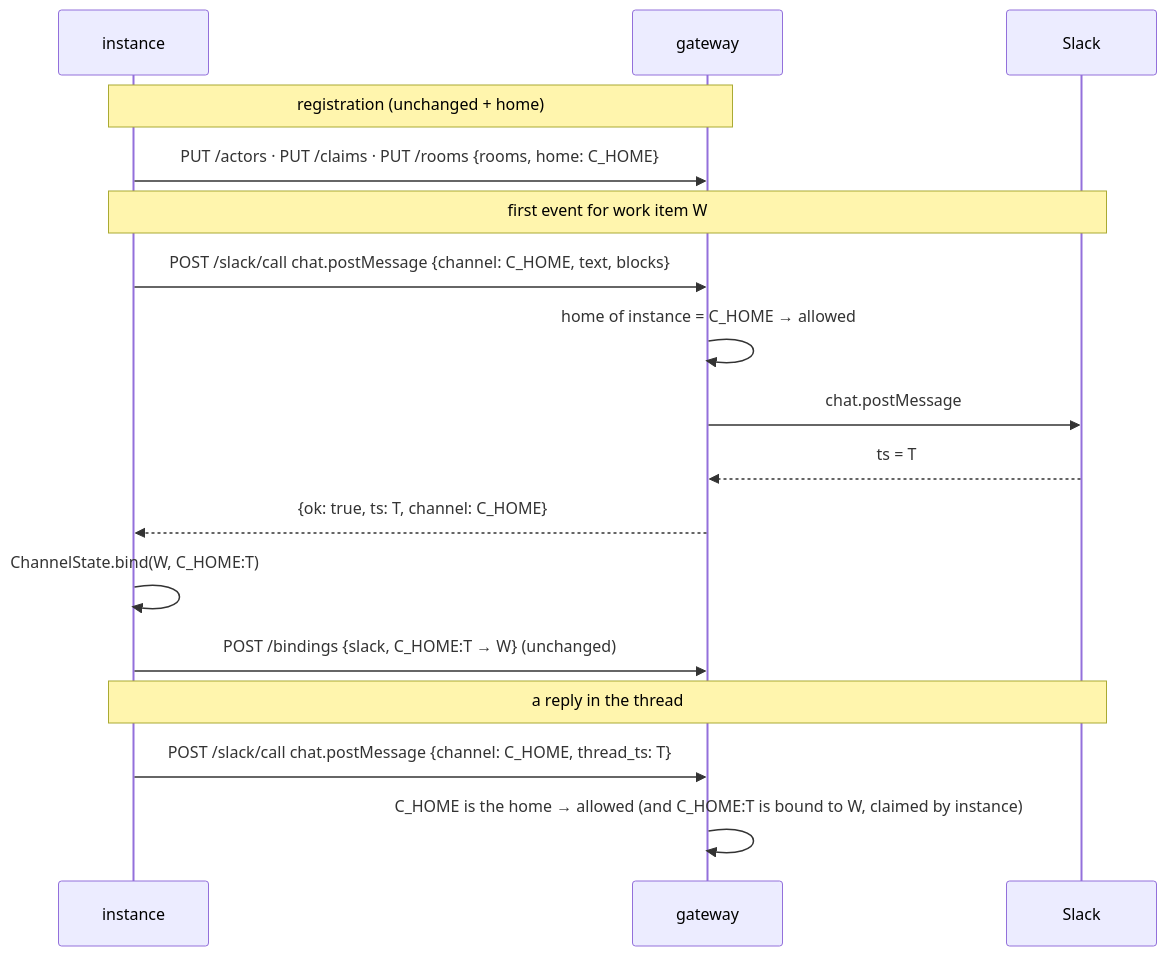
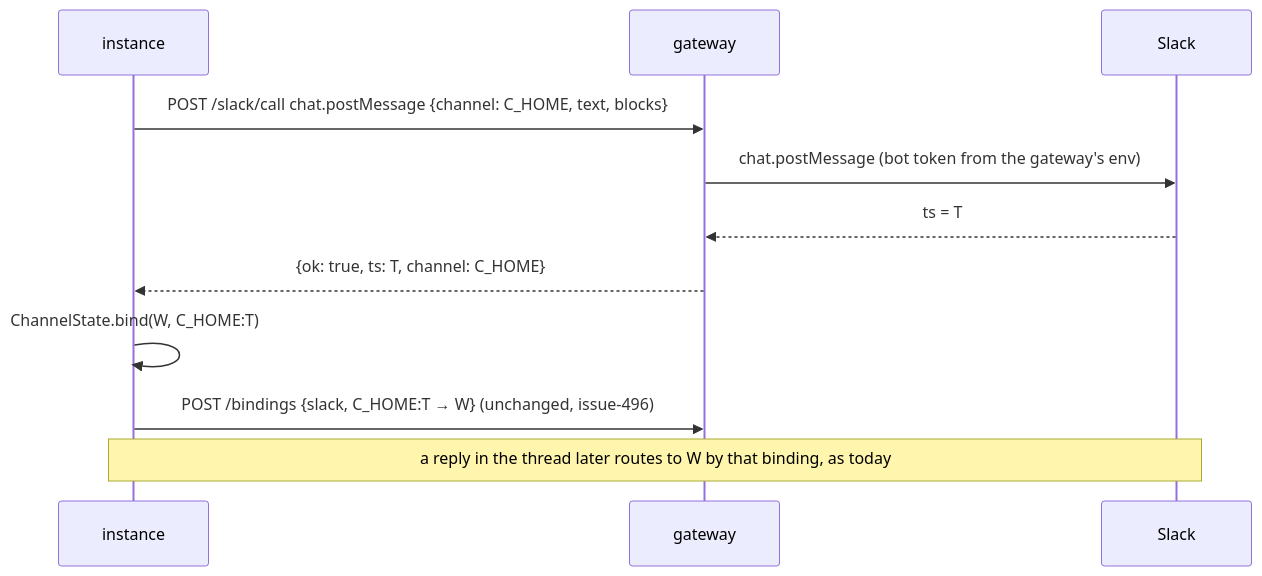
One commit to MadaraUchiha-314/the-loop changed the fourth of 4 diagrams in docs/specs/issue-519/design.md. Above: the diagram before and after it, drawn with Mermaid. The commit also changed other lines of this file and 3 other files, not shown here.

````diff
--- a/docs/specs/issue-519/design.md
+++ b/docs/specs/issue-519/design.md
@@ -379,19 +336,13 @@
 ```mermaid
 sequenceDiagram
   participant I as instance
   participant G as gateway
   participant S as Slack
-  Note over I,G: registration (unchanged + home)
-  I->>G: PUT /actors · PUT /claims · PUT /rooms {rooms, home: C_HOME}
-  Note over I,S: first event for work item W
   I->>G: POST /slack/call chat.postMessage {channel: C_HOME, text, blocks}
-  G->>G: home of instance = C_HOME → allowed
-  G->>S: chat.postMessage
+  G->>S: chat.postMessage (bot token from the gateway's env)
   S-->>G: ts = T
   G-->>I: {ok: true, ts: T, channel: C_HOME}
   I->>I: ChannelState.bind(W, C_HOME:T)
-  I->>G: POST /bindings {slack, C_HOME:T → W}  (unchanged)
-  Note over I,S: a reply in the thread
-  I->>G: POST /slack/call chat.postMessage {channel: C_HOME, thread_ts: T}
-  G->>G: C_HOME is the home → allowed (and C_HOME:T is bound to W, claimed by instance)
+  I->>G: POST /bindings {slack, C_HOME:T → W}  (unchanged, issue-496)
+  Note over I,S: a reply in the thread later routes to W by that binding, as today
 ```
````
